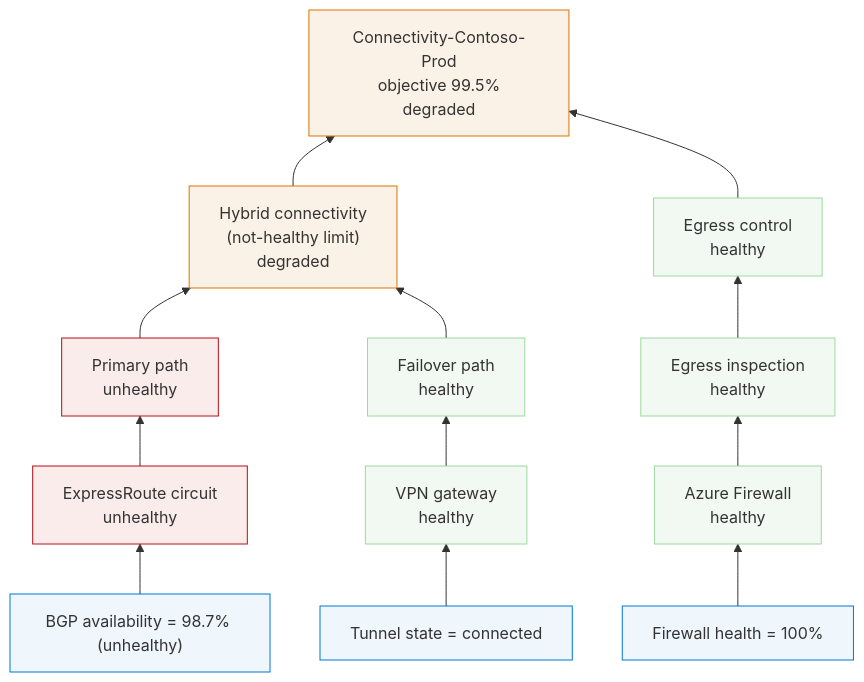
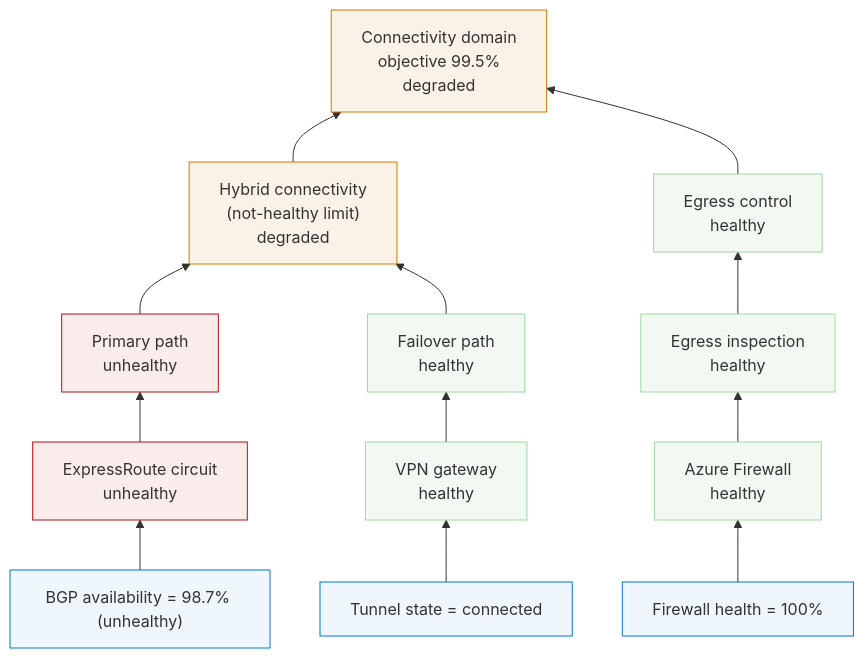
The eighth of 8 diagrams in docs/diagram-sources/health-models.md (Azure/azure-monitor-baseline-alerts), drawn with Mermaid before and after one commit. The commit also changed other lines of this file and 7 other files, not shown here.

````diff
--- a/docs/diagram-sources/health-models.md
+++ b/docs/diagram-sources/health-models.md
@@ -239,27 +233,27 @@
 ```mermaid swimlane title="Adoption step 3, refine" subtitle="Separate primary and failover paths, then alert on flow health"
 %%| lanes: ["Domain model root", "System flows", "Paths", "Resources and signals"]
 flowchart BT
     erSig["BGP availability = 98.7% (unhealthy)"] --> er["ExpressRoute circuit<br/>unhealthy"]
     vpnSig["Tunnel state = connected"] --> vpn["VPN gateway<br/>healthy"]
     fwSig["Firewall health = 100%"] --> fw["Azure Firewall<br/>healthy"]
 
     er --> primary["Primary path<br/>unhealthy"]
     vpn --> failover["Failover path<br/>healthy"]
     fw --> inspect["Egress inspection<br/>healthy"]
 
     primary --> hybrid["Hybrid connectivity<br/>(not-healthy limit)<br/>degraded"]
     failover --> hybrid
     inspect --> egress["Egress control<br/>healthy"]
 
-    hybrid --> root["Connectivity-Contoso-Prod<br/>objective 99.5%<br/>degraded"]
+    hybrid --> root["Connectivity domain<br/>objective 99.5%<br/>degraded"]
     egress --> root
 
     classDef blue fill:#eff6fc,stroke:#0078D4;
     classDef green fill:#f2f8f2,stroke:#a0d8a0;
     classDef amber fill:#fbf2e7,stroke:#db7500;
     classDef red fill:#faeceb,stroke:#ba0d16;
     class erSig,vpnSig,fwSig blue;
     class vpn,failover,fw,inspect,egress green;
     class hybrid,root amber;
     class er,primary red;
 ```
````
